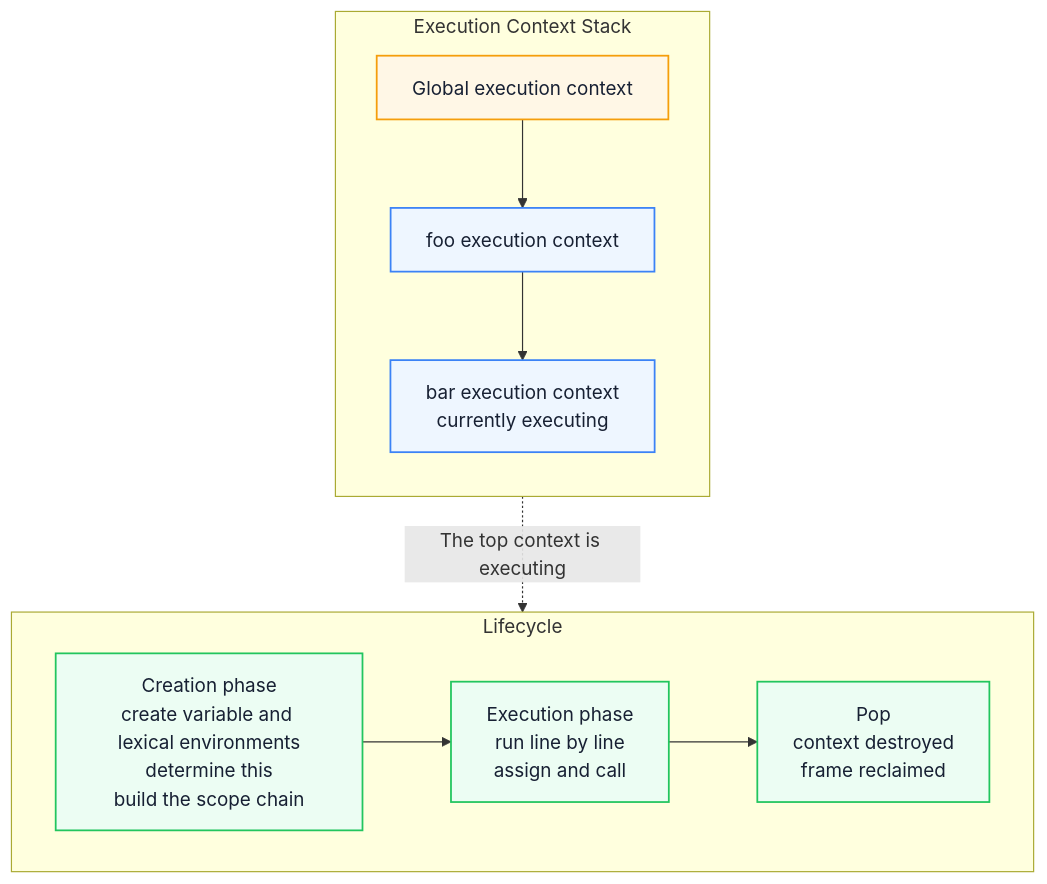
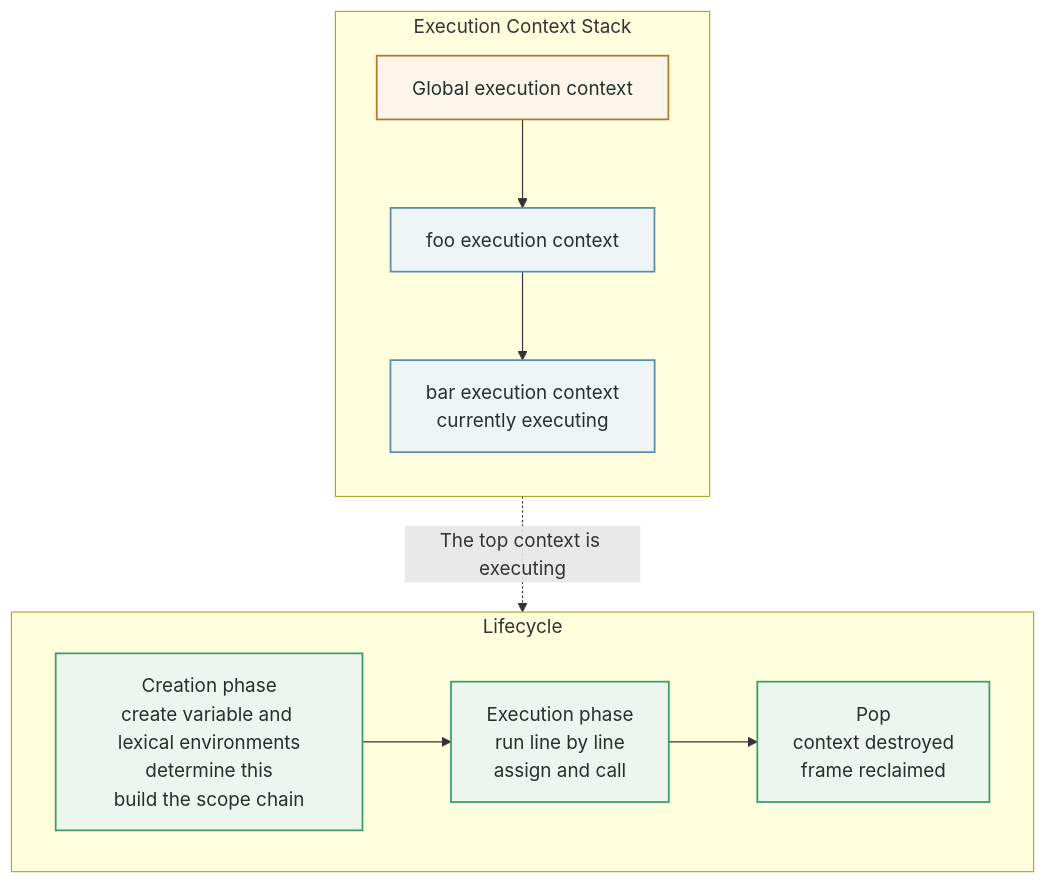
The first of 3 diagrams in docs/en/javascript/execution-context-closure.md (Fatejian/frontier-vault), drawn with Mermaid before and after one commit. The commit also changed other lines of this file and 63 other files, not shown here.

````diff
--- a/docs/en/javascript/execution-context-closure.md
+++ b/docs/en/javascript/execution-context-closure.md
@@ -66,24 +66,24 @@
 ```mermaid
 flowchart TB
     subgraph Stack["Execution Context Stack"]
         direction TB
         S2["Global execution context"]
         S3["foo execution context"]
         S4["bar execution context<br/>currently executing"]
         S2 --> S3 --> S4
     end
 
     subgraph Lifecycle["Lifecycle"]
         direction LR
         L1["Creation phase<br/>create variable and lexical environments<br/>determine this<br/>build the scope chain"] --> L2["Execution phase<br/>run line by line<br/>assign and call"] --> L3["Pop<br/>context destroyed<br/>frame reclaimed"]
     end
 
     Stack -. "The top context is executing" .-> Lifecycle
 
-    classDef wait fill:#EEF6FF,stroke:#3B82F6,color:#172033,stroke-width:1.5px;
-    classDef block fill:#FFF7E6,stroke:#F59E0B,color:#172033,stroke-width:1.5px;
-    classDef work fill:#ECFDF3,stroke:#22C55E,color:#172033,stroke-width:1.5px;
+    classDef wait fill:#EFF5F7,stroke:#5B8CA8,color:#22322B,stroke-width:1.5px;
+    classDef block fill:#FBF5EA,stroke:#B27B2C,color:#22322B,stroke-width:1.5px;
+    classDef work fill:#EDF5EF,stroke:#3E9B6B,color:#22322B,stroke-width:1.5px;
     class S3,S4 wait;
     class S2 block;
     class L1,L2,L3 work;
 ```
````
